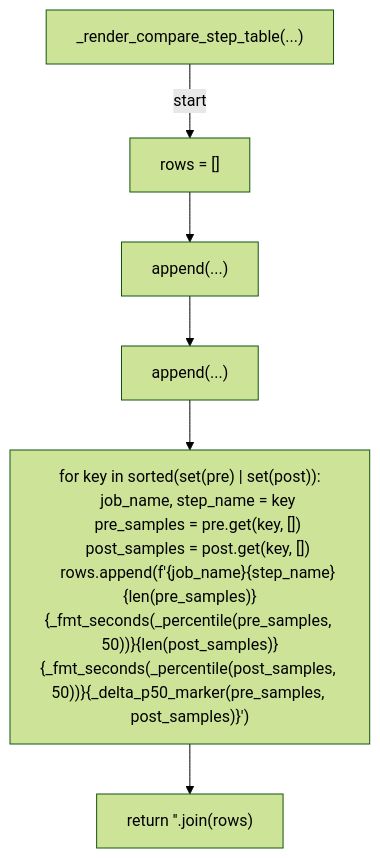
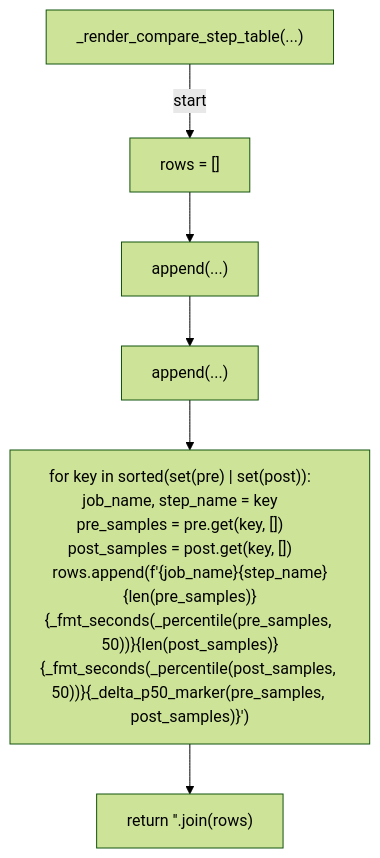
Before and after one commit to tvna/claude-md: diagram 16 of 25 in docs/generated/scripts/ast/analyze_ci_timings.md, drawn with Mermaid (forest theme). The commit also changed other lines of this file and 20 other files, not shown here.

First line of the commit message:
docs(generated): regenerate decision tree and workflow diagrams (batch 1/5)

````diff
--- a/docs/generated/scripts/ast/analyze_ci_timings.md
+++ b/docs/generated/scripts/ast/analyze_ci_timings.md
@@ -365,18 +282,14 @@
 ```mermaid
 flowchart TD
     N001["_render_compare_step_table(...)"]
     N002["rows = []"]
     N003["append(...)"]
     N004["append(...)"]
-    N005["for key in sorted(set(pre) | set(post)):
-    job_name, step_name = key
-    pre_samples = pre.get(key, [])
-    post_samples = post.get(key, [])
-    rows.append(f'<str>{job_name}<str>{step_name}<str>{len(pre_samples)}<str>{_fmt_seconds(_percentile(pre_samples, 50))}<str>{len(post_samples)}<str>{_fmt_seconds(_percentile(post_samples, 50))}<str>{_delta_p50_marker(pre_samples, post_samples)}<str>')"]
+    N005["for key in sorted(set(pre) | set(post)):     job_name, step_name = key     pre_samples = pre.get(key, [])     post_samples = post.get(key, [])     rows.append(f'<str>{job_name}<str>{step_name}<str>{len(pre_samples)}<str>{_fmt_seconds(_percentile(pre_samples, 50))}<str>{len(post_samples)}<str>{_fmt_seconds(_percentile(post_samples, 50))}<str>{_delta_p50_marker(pre_samples, post_samples)}<str>')"]
     N006["return '<str>'.join(rows)"]
     N001 -->|"start"| N002
     N002 --> N003
     N003 --> N004
     N004 --> N005
     N005 --> N006
 ```
````
